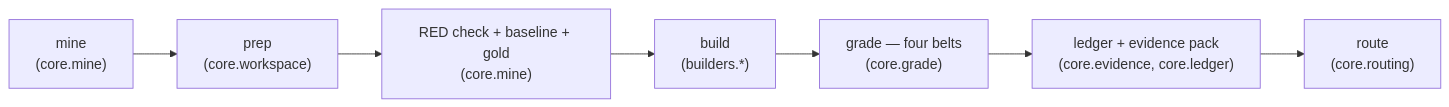
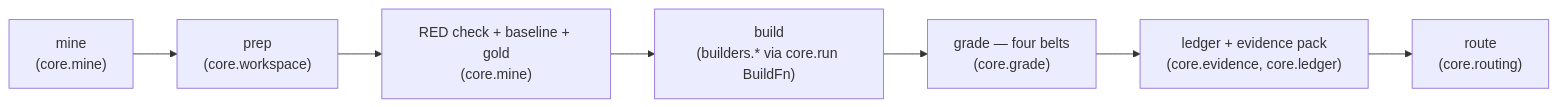
Before and after one commit to Jita81/commit-replay-bench: the second of 2 diagrams in README.md, drawn with Mermaid. The commit also changed other lines of this file and 2 other files, not shown here.

````diff
--- a/README.md
+++ b/README.md
@@ -169,4 +169,4 @@
 ```mermaid
 flowchart LR
-    M["mine<br/>(core.mine)"] --> P["prep<br/>(core.workspace)"] --> R["RED check + baseline + gold<br/>(core.mine)"] --> B["build<br/>(builders.*)"] --> G["grade — four belts<br/>(core.grade)"] --> L["ledger + evidence pack<br/>(core.evidence, core.ledger)"] --> RT["route<br/>(core.routing)"]
+    M["mine<br/>(core.mine)"] --> P["prep<br/>(core.workspace)"] --> R["RED check + baseline + gold<br/>(core.mine)"] --> B["build<br/>(builders.* via core.run BuildFn)"] --> G["grade — four belts<br/>(core.grade)"] --> L["ledger + evidence pack<br/>(core.evidence, core.ledger)"] --> RT["route<br/>(core.routing)"]
 ```
````
